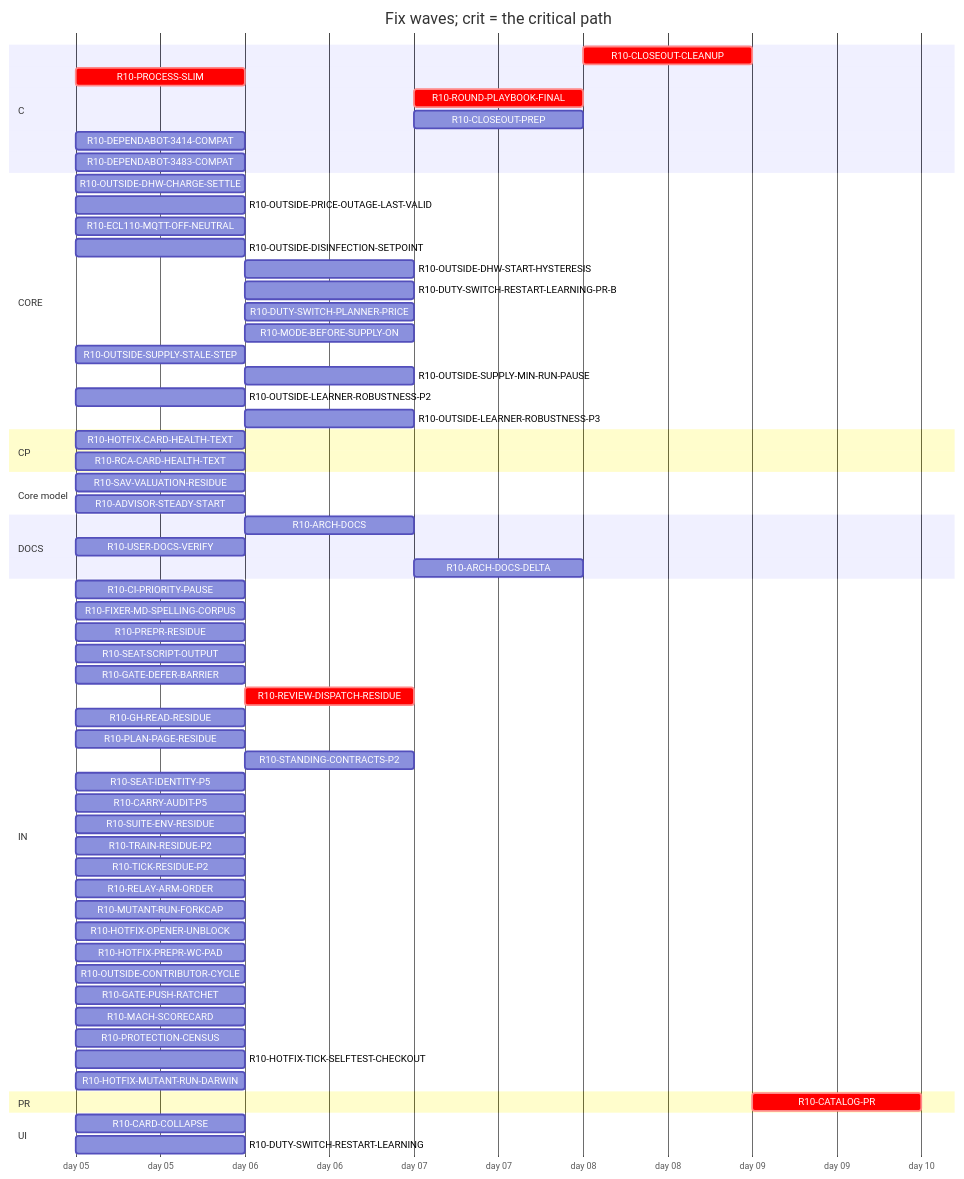
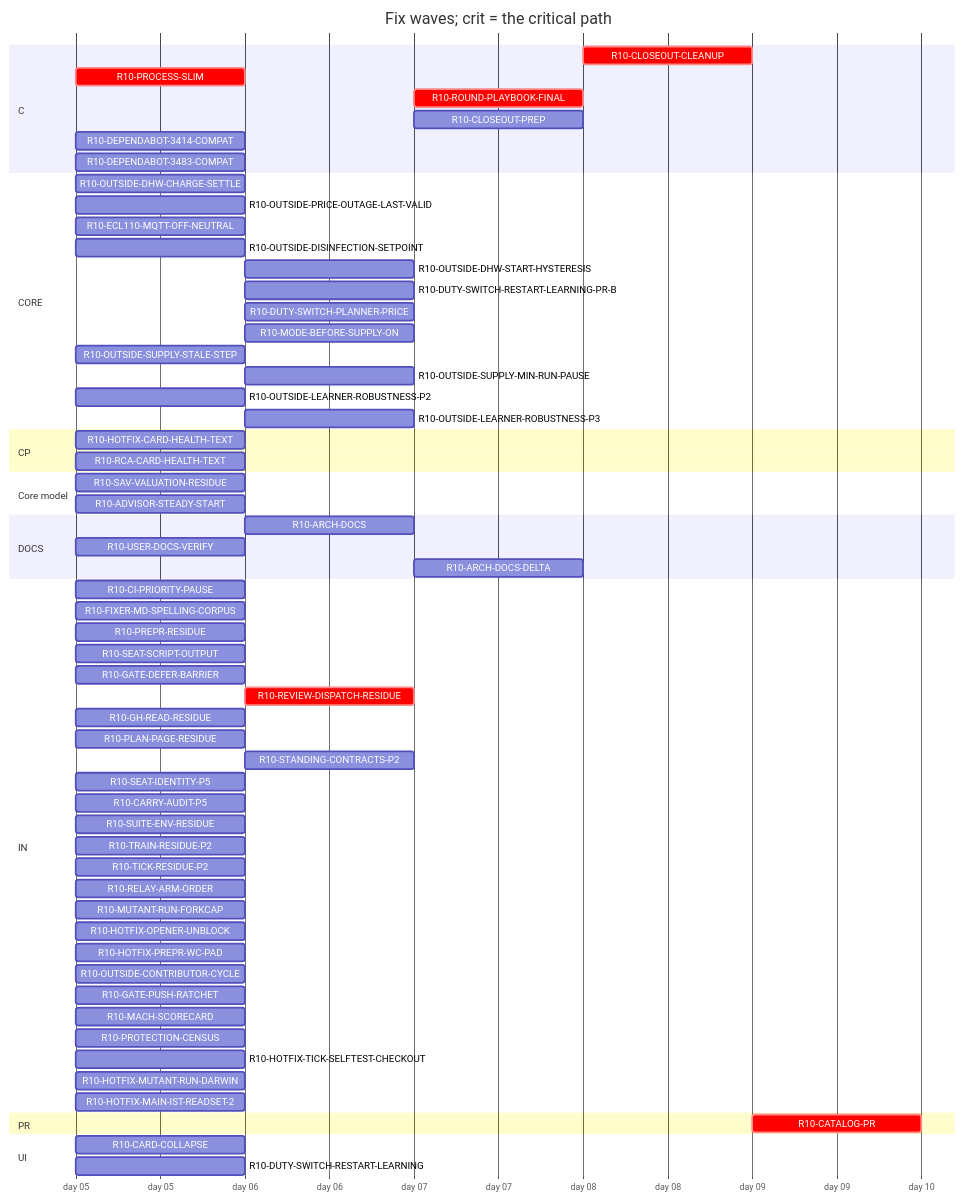
Before and after one commit to tvofi/heatpump_optimizer: the diagram in handoff/round10/state/PLAN-TABLE.md, drawn with Mermaid. The commit also changed other lines of this file and 4 other files, not shown here.

Commit message:
state: FLOW-BOARD.md, NEXT-SESSION-PROMPT.md, PLAN-TABLE.md, PLAN.html, RESUME-CURRENT.md regenerated (state_docs.py)

````diff
--- a/handoff/round10/state/PLAN-TABLE.md
+++ b/handoff/round10/state/PLAN-TABLE.md
@@ -21,66 +21,67 @@
 ```mermaid
 gantt
   title Fix waves; crit = the critical path
   dateFormat YYYY-MM-DD
   axisFormat day %d
   section C
     R10-CLOSEOUT-CLEANUP :crit, r10CLOSEOUTCLEANUP, after r10ARCHDOCS r10USERDOCSVERIFY r10ROUNDPLAYBOOKFINAL r10CLOSEOUTPREP r10ARCHDOCSDELTA, 1d
     R10-PROCESS-SLIM :crit, r10PROCESSSLIM, 2026-01-05, 1d
     R10-ROUND-PLAYBOOK-FINAL :crit, r10ROUNDPLAYBOOKFINAL, after r10PROCESSSLIM r10FIXERMDSPELLINGCORPUS r10PREPRRESIDUE r10SEATSCRIPTOUTPUT r10REVIEWDISPATCHRESIDUE r10CARRYAUDITP5 r10SEATIDENTITYP5 r10STANDINGCONTRACTSP2 r10PLANPAGERESIDUE r10GHREADRESIDUE r10SUITEENVRESIDUE r10GATEDEFERBARRIER, 1d
     R10-CLOSEOUT-PREP :r10CLOSEOUTPREP, after r10ARCHDOCS r10PROCESSSLIM r10FIXERMDSPELLINGCORPUS r10PREPRRESIDUE r10SEATSCRIPTOUTPUT r10REVIEWDISPATCHRESIDUE r10CARRYAUDITP5 r10SEATIDENTITYP5 r10STANDINGCONTRACTSP2 r10PLANPAGERESIDUE r10GHREADRESIDUE r10SUITEENVRESIDUE r10GATEDEFERBARRIER, 1d
     R10-DEPENDABOT-3414-COMPAT :r10DEPENDABOT3414COMPAT, 2026-01-05, 1d
     R10-DEPENDABOT-3483-COMPAT :r10DEPENDABOT3483COMPAT, 2026-01-05, 1d
   section CORE
     R10-OUTSIDE-DHW-CHARGE-SETTLE :r10OUTSIDEDHWCHARGESETTLE, 2026-01-05, 1d
     R10-OUTSIDE-PRICE-OUTAGE-LAST-VALID :r10OUTSIDEPRICEOUTAGELASTVALID, 2026-01-05, 1d
     R10-ECL110-MQTT-OFF-NEUTRAL :r10ECL110MQTTOFFNEUTRAL, 2026-01-05, 1d
     R10-OUTSIDE-DISINFECTION-SETPOINT :r10OUTSIDEDISINFECTIONSETPOINT, 2026-01-05, 1d
     R10-OUTSIDE-DHW-START-HYSTERESIS :r10OUTSIDEDHWSTARTHYSTERESIS, after r10OUTSIDEDISINFECTIONSETPOINT, 1d
     R10-DUTY-SWITCH-RESTART-LEARNING-PR-B :r10DUTYSWITCHRESTARTLEARNINGPRB, after r10DUTYSWITCHRESTARTLEARNING, 1d
     R10-DUTY-SWITCH-PLANNER-PRICE :r10DUTYSWITCHPLANNERPRICE, after r10DUTYSWITCHRESTARTLEARNING, 1d
     R10-MODE-BEFORE-SUPPLY-ON :r10MODEBEFORESUPPLYON, after r10DUTYSWITCHRESTARTLEARNING, 1d
     R10-OUTSIDE-SUPPLY-STALE-STEP :r10OUTSIDESUPPLYSTALESTEP, 2026-01-05, 1d
     R10-OUTSIDE-SUPPLY-MIN-RUN-PAUSE :r10OUTSIDESUPPLYMINRUNPAUSE, after r10OUTSIDESUPPLYSTALESTEP, 1d
     R10-OUTSIDE-LEARNER-ROBUSTNESS-P2 :r10OUTSIDELEARNERROBUSTNESSP2, 2026-01-05, 1d
     R10-OUTSIDE-LEARNER-ROBUSTNESS-P3 :r10OUTSIDELEARNERROBUSTNESSP3, after r10OUTSIDELEARNERROBUSTNESSP2, 1d
   section CP
     R10-HOTFIX-CARD-HEALTH-TEXT :r10HOTFIXCARDHEALTHTEXT, 2026-01-05, 1d
     R10-RCA-CARD-HEALTH-TEXT :r10RCACARDHEALTHTEXT, 2026-01-05, 1d
   section Core model
     R10-SAV-VALUATION-RESIDUE :r10SAVVALUATIONRESIDUE, 2026-01-05, 1d
     R10-ADVISOR-STEADY-START :r10ADVISORSTEADYSTART, 2026-01-05, 1d
   section DOCS
     R10-ARCH-DOCS :r10ARCHDOCS, after r10PROCESSSLIM, 1d
     R10-USER-DOCS-VERIFY :r10USERDOCSVERIFY, 2026-01-05, 1d
     R10-ARCH-DOCS-DELTA :r10ARCHDOCSDELTA, after r10ARCHDOCS r10SAVVALUATIONRESIDUE r10ADVISORSTEADYSTART, 1d
   section IN
     R10-CI-PRIORITY-PAUSE :r10CIPRIORITYPAUSE, 2026-01-05, 1d
     R10-FIXER-MD-SPELLING-CORPUS :r10FIXERMDSPELLINGCORPUS, 2026-01-05, 1d
     R10-PREPR-RESIDUE :r10PREPRRESIDUE, 2026-01-05, 1d
     R10-SEAT-SCRIPT-OUTPUT :r10SEATSCRIPTOUTPUT, 2026-01-05, 1d
     R10-GATE-DEFER-BARRIER :r10GATEDEFERBARRIER, 2026-01-05, 1d
     R10-REVIEW-DISPATCH-RESIDUE :crit, r10REVIEWDISPATCHRESIDUE, after r10PROCESSSLIM, 1d
     R10-GH-READ-RESIDUE :r10GHREADRESIDUE, 2026-01-05, 1d
     R10-PLAN-PAGE-RESIDUE :r10PLANPAGERESIDUE, 2026-01-05, 1d
     R10-STANDING-CONTRACTS-P2 :r10STANDINGCONTRACTSP2, after r10FIXERMDSPELLINGCORPUS, 1d
     R10-SEAT-IDENTITY-P5 :r10SEATIDENTITYP5, 2026-01-05, 1d
     R10-CARRY-AUDIT-P5 :r10CARRYAUDITP5, 2026-01-05, 1d
     R10-SUITE-ENV-RESIDUE :r10SUITEENVRESIDUE, 2026-01-05, 1d
     R10-TRAIN-RESIDUE-P2 :r10TRAINRESIDUEP2, 2026-01-05, 1d
     R10-TICK-RESIDUE-P2 :r10TICKRESIDUEP2, 2026-01-05, 1d
     R10-RELAY-ARM-ORDER :r10RELAYARMORDER, 2026-01-05, 1d
     R10-MUTANT-RUN-FORKCAP :r10MUTANTRUNFORKCAP, 2026-01-05, 1d
     R10-HOTFIX-OPENER-UNBLOCK :r10HOTFIXOPENERUNBLOCK, 2026-01-05, 1d
     R10-HOTFIX-PREPR-WC-PAD :r10HOTFIXPREPRWCPAD, 2026-01-05, 1d
     R10-OUTSIDE-CONTRIBUTOR-CYCLE :r10OUTSIDECONTRIBUTORCYCLE, 2026-01-05, 1d
     R10-GATE-PUSH-RATCHET :r10GATEPUSHRATCHET, 2026-01-05, 1d
     R10-MACH-SCORECARD :r10MACHSCORECARD, 2026-01-05, 1d
     R10-PROTECTION-CENSUS :r10PROTECTIONCENSUS, 2026-01-05, 1d
     R10-HOTFIX-TICK-SELFTEST-CHECKOUT :r10HOTFIXTICKSELFTESTCHECKOUT, 2026-01-05, 1d
     R10-HOTFIX-MUTANT-RUN-DARWIN :r10HOTFIXMUTANTRUNDARWIN, 2026-01-05, 1d
+    R10-HOTFIX-MAIN-IST-READSET-2 :r10HOTFIXMAINISTREADSET2, 2026-01-05, 1d
   section PR
     R10-CATALOG-PR :crit, r10CATALOGPR, after r10USERDOCSVERIFY r10ARCHDOCS r10ROUNDPLAYBOOKFINAL r10CLOSEOUTCLEANUP r10CLOSEOUTPREP r10ARCHDOCSDELTA, 1d
   section UI
     R10-CARD-COLLAPSE :r10CARDCOLLAPSE, 2026-01-05, 1d
     R10-DUTY-SWITCH-RESTART-LEARNING :r10DUTYSWITCHRESTARTLEARNING, 2026-01-05, 1d
 ```
````
